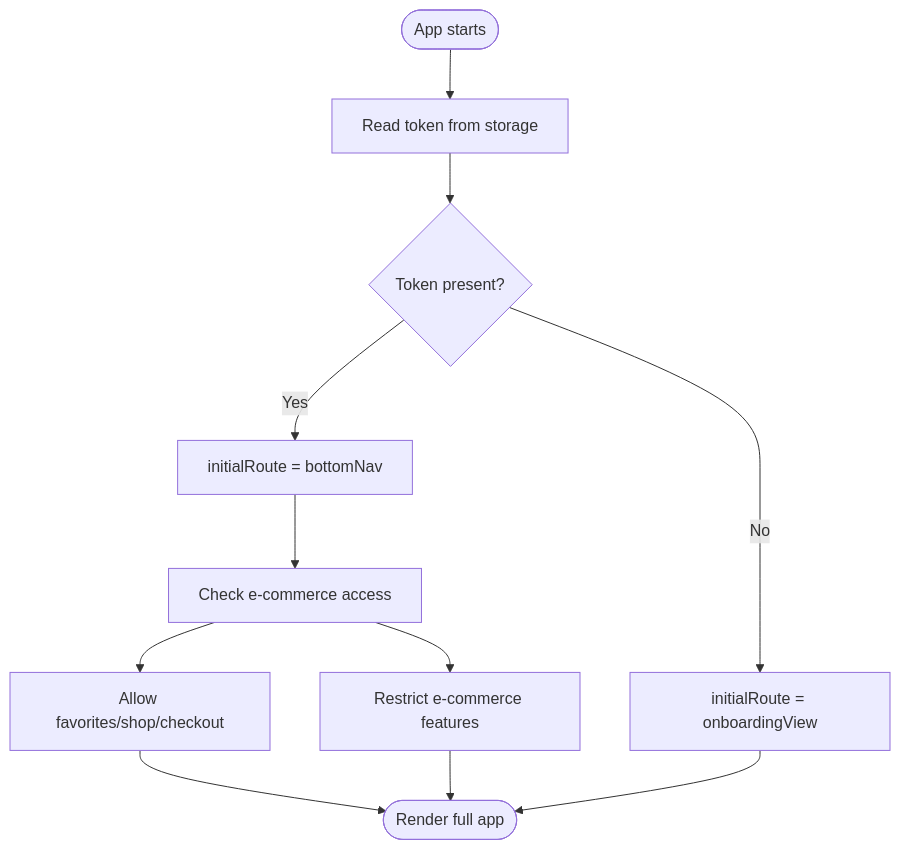
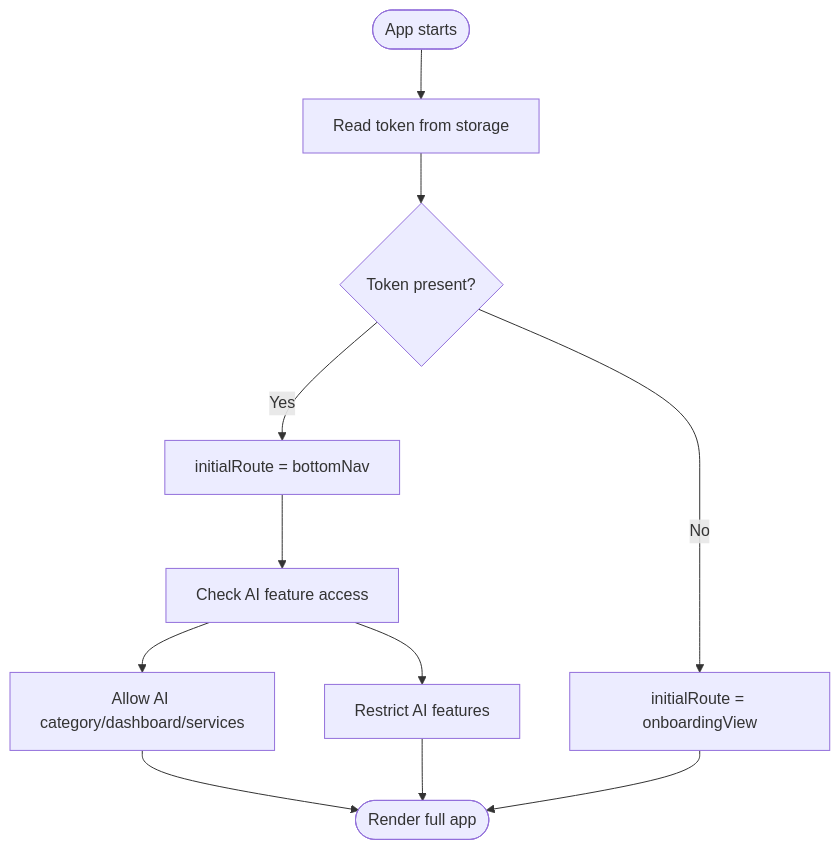
Before and after one commit to Ariful3111/FurniGo: the sixth of 9 diagrams in .qoder/repowiki/en/content/Architecture Overview/Routing and Navigation.md, drawn with Mermaid. The commit also changed other lines of this file and 67 other files, not shown here.

````diff
--- a/.qoder/repowiki/en/content/Architecture Overview/Routing and Navigation.md
+++ b/.qoder/repowiki/en/content/Architecture Overview/Routing and Navigation.md
@@ -302,13 +337,13 @@
 ```mermaid
 flowchart TD
 Start(["App starts"]) --> CheckToken["Read token from storage"]
 CheckToken --> HasToken{"Token present?"}
 HasToken --> |Yes| SetBottomNav["initialRoute = bottomNav"]
 HasToken --> |No| SetOnboarding["initialRoute = onboardingView"]
-SetBottomNav --> CheckAccess["Check e-commerce access"]
-CheckAccess --> AccessGranted["Allow favorites/shop/checkout"]
-CheckAccess --> AccessDenied["Restrict e-commerce features"]
-AccessGranted --> End(["Render full app"])
-AccessDenied --> End
+SetBottomNav --> CheckAI["Check AI feature access"]
+CheckAI --> AIGranted["Allow AI category/dashboard/services"]
+CheckAI --> AIDenied["Restrict AI features"]
+AIGranted --> End(["Render full app"])
+AIDenied --> End
 SetOnboarding --> End
 ```
````
